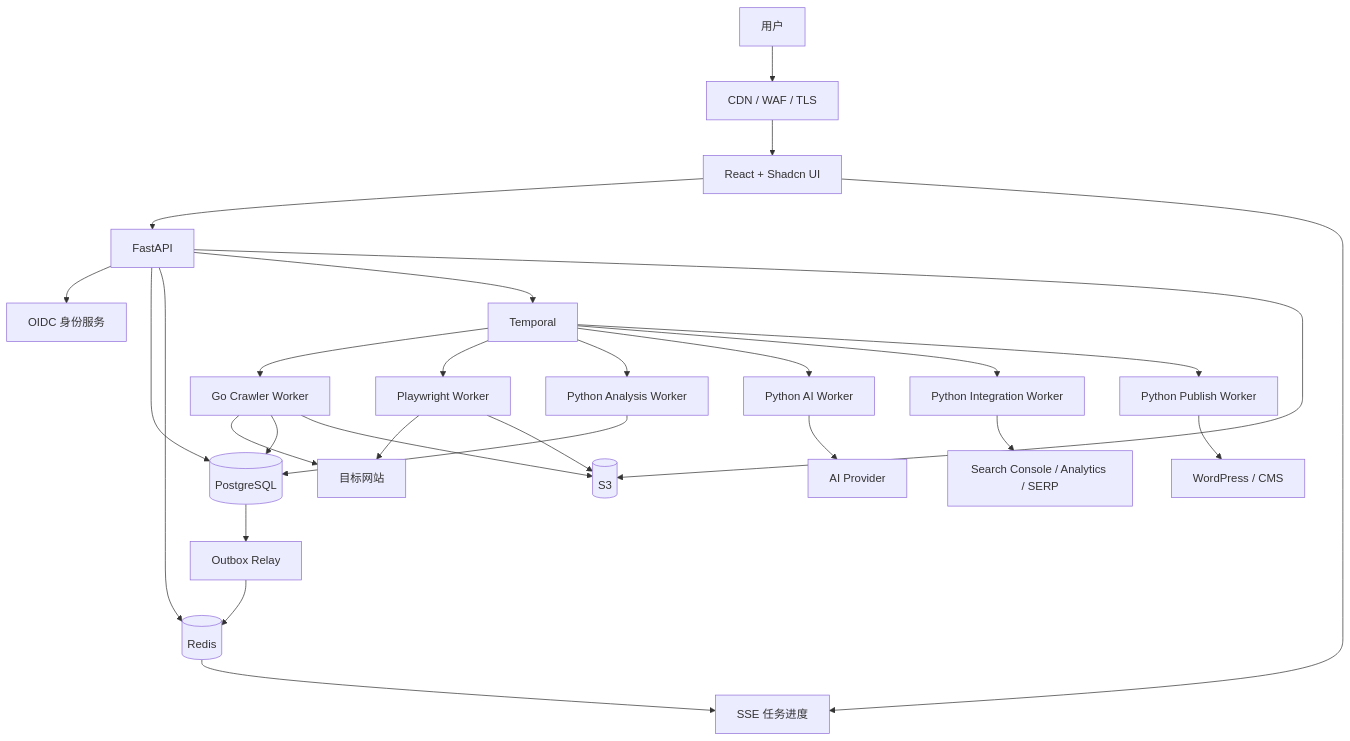
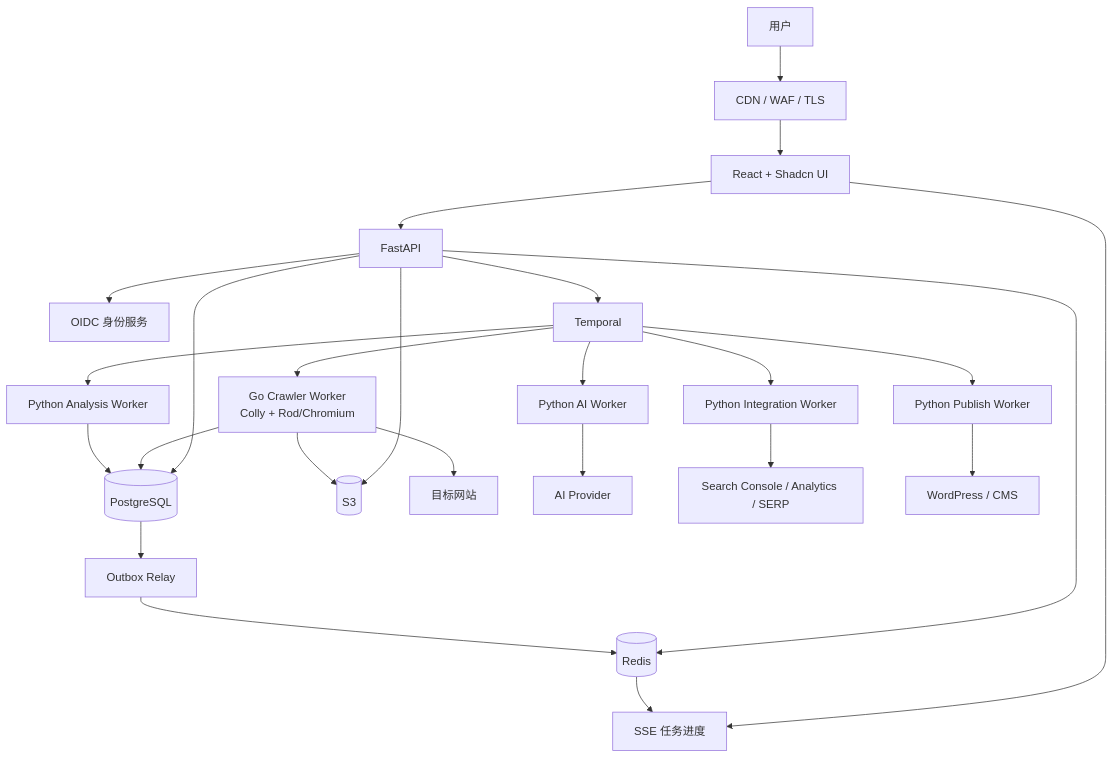
The first of 3 diagrams in docs/SEO自动化平台-生产级技术架构文档-V1.0.md (tianyulong23-dotcom/growthos-seo), drawn with Mermaid before and after one commit. The commit also changed other lines of this file and 142 other files, not shown here.

````diff
--- a/docs/SEO自动化平台-生产级技术架构文档-V1.0.md
+++ b/docs/SEO自动化平台-生产级技术架构文档-V1.0.md
@@ -47,34 +46,31 @@
 ```mermaid
 flowchart TB
     User["用户"] --> Edge["CDN / WAF / TLS"]
     Edge --> Web["React + Shadcn UI"]
     Web --> API["FastAPI"]
     Web --> SSE["SSE 任务进度"]
 
     API --> Auth["OIDC 身份服务"]
     API --> PG[("PostgreSQL")]
     API --> Redis[("Redis")]
     API --> Temporal["Temporal"]
     API --> S3[("S3")]
 
-    Temporal --> GoWorker["Go Crawler Worker"]
-    Temporal --> BrowserWorker["Playwright Worker"]
+    Temporal --> GoWorker["Go Crawler Worker<br/>Colly + Rod/Chromium"]
     Temporal --> AnalysisWorker["Python Analysis Worker"]
     Temporal --> AIWorker["Python AI Worker"]
     Temporal --> IntegrationWorker["Python Integration Worker"]
     Temporal --> PublishWorker["Python Publish Worker"]
 
     GoWorker --> Website["目标网站"]
-    BrowserWorker --> Website
     GoWorker --> PG
     GoWorker --> S3
-    BrowserWorker --> S3
     AnalysisWorker --> PG
     AIWorker --> AIProvider["AI Provider"]
     IntegrationWorker --> External["Search Console / Analytics / SERP"]
     PublishWorker --> CMS["WordPress / CMS"]
 
     PG --> Outbox["Outbox Relay"]
     Outbox --> Redis
     Redis --> SSE
 ```
````
